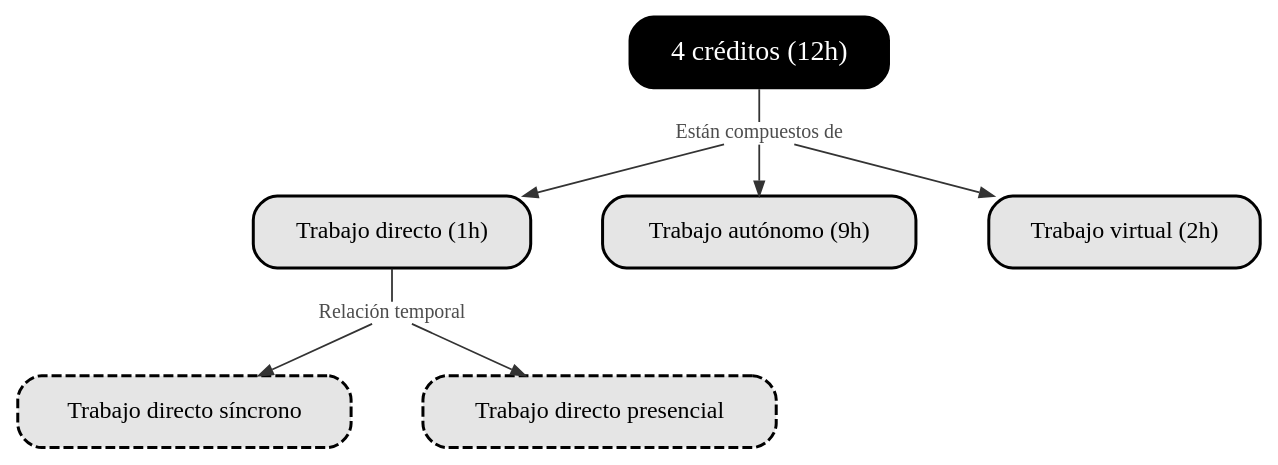
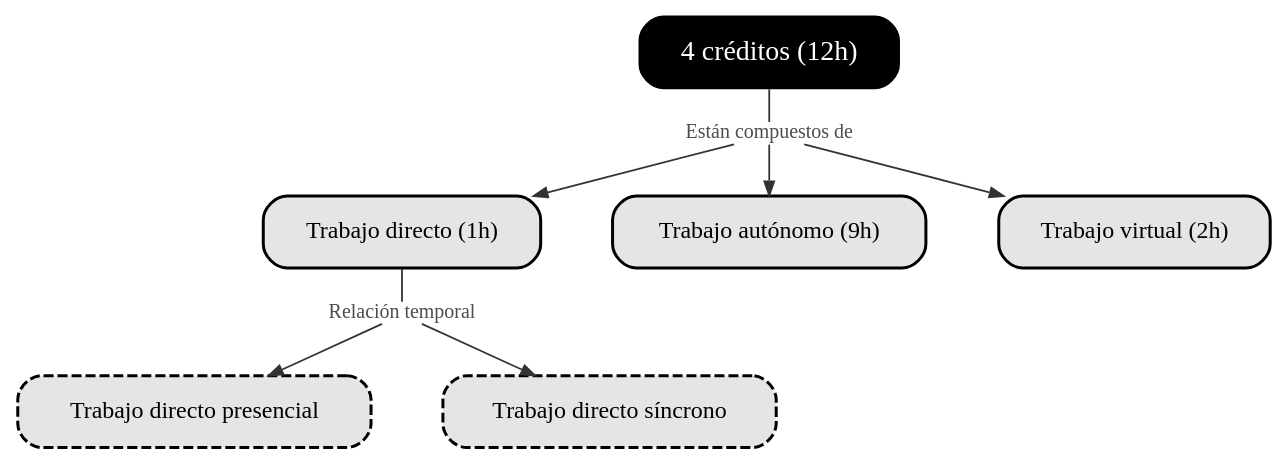
One commit to jacorread/jacorread.github.io changed the third of 4 diagrams in docs/eduhibrida/eduhibrida.qmd. Above: the diagram before and after it, drawn with Graphviz. The commit also changed other lines of this file and 3 other files, not shown here.

````diff
--- a/docs/eduhibrida/eduhibrida.qmd
+++ b/docs/eduhibrida/eduhibrida.qmd
@@ -251,48 +251,49 @@
 ```{dot}
 
 digraph G {
 pad=0.01
 nodesep=0.5
 ranksep=0.1
 edge[minlen=3]
 
 // NIVEAU 1
 node[shape=box, style="rounded, filled", fillcolor=black, fontcolor=white, fontsize=14]
 a1[label="4 créditos (12h)"]
 
 
 // NIVEAU 2
 node[fillcolor=grey90, fontcolor=black, penwidth=1.5, fontsize=12]
 b1[label="Trabajo directo (1h)"]
 b2[label="Trabajo autónomo (9h)"]
 b3 [label="Trabajo virtual (2h)"]
 
 
 // NIVEAU 3
 node[fillcolor=grey90, style="dashed, rounded, filled", fontcolor=black, penwidth=1.5, fontsize=12]
-c1[label="Trabajo directo síncrono"]
-c2[label="Trabajo directo presencial"]
+c1[label="Trabajo directo presencial"]
+c2[label="Trabajo directo síncrono"]
+
 
 
 
 // LABELS
 node[shape=plain, fillcolor=none, margin=0, fontcolor=grey30, fontsize=10]
 l1[label="Están compuestos de"]
 l2[label="Relación temporal"]
 
 
 edge[color=grey20, penwidth=0.9, arrowsize=0.7]
 
 // LIENS CLASSIQUES
 l1->{b1,b2, b3}
 l2->{c1, c2}
    
 
 // LIENS AVEC LABELS
 edge[arrowhead=none, minlen=2]
 a1->l1
 {b1,b1}->l2
 
 
 }
 ```
````
